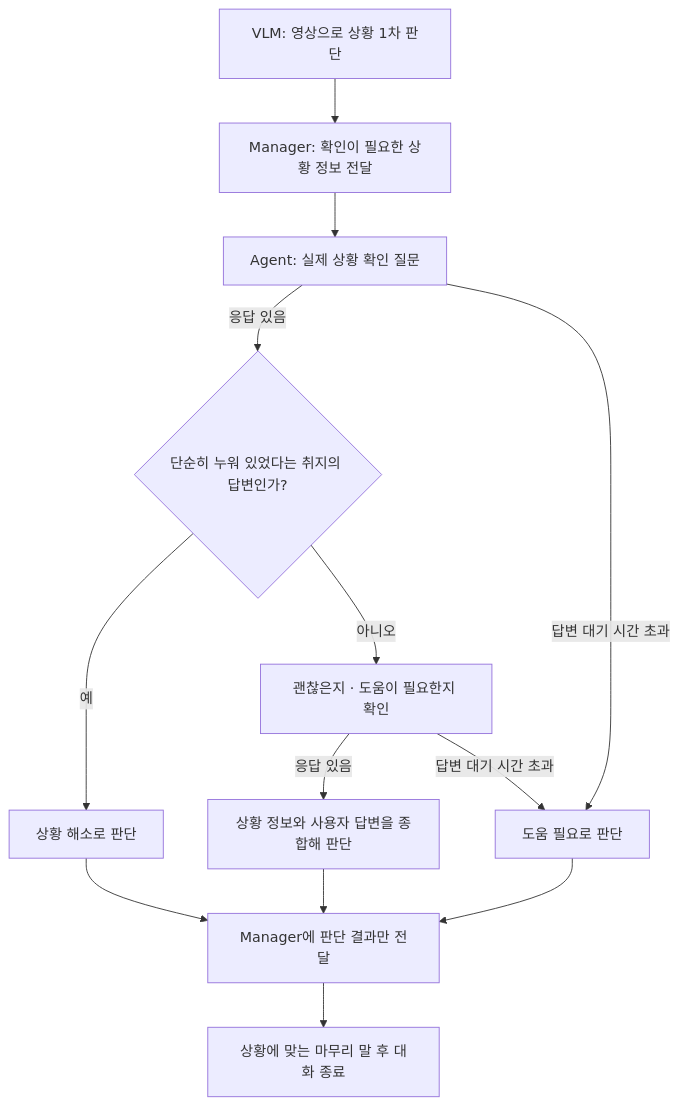
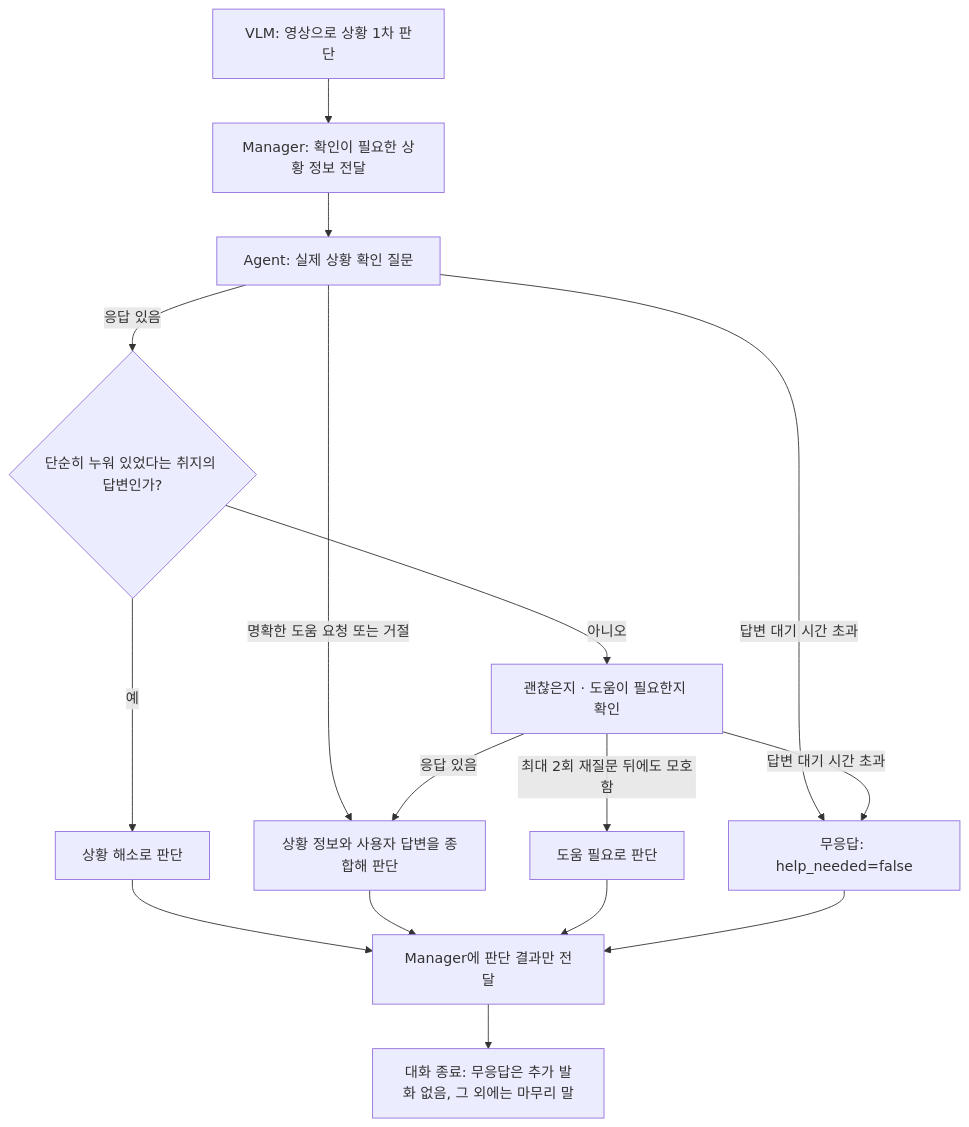
The diagram in malbut_test/malbut_agent_server/docs/fall/agent_fall_interaction.md (SWM-malbut/malbut), drawn with Mermaid before and after one commit. The commit also changed other lines of this file and 7 other files, not shown here.

````diff
--- a/malbut_test/malbut_agent_server/docs/fall/agent_fall_interaction.md
+++ b/malbut_test/malbut_agent_server/docs/fall/agent_fall_interaction.md
@@ -26,15 +26,18 @@
 ```mermaid
 flowchart TD
     V["VLM: 영상으로 상황 1차 판단"] --> M["Manager: 확인이 필요한 상황 정보 전달"]
     M --> A["Agent: 실제 상황 확인 질문"]
     A -->|응답 있음| B{"단순히 누워 있었다는 취지의 답변인가?"}
-    A -->|답변 대기 시간 초과| H["도움 필요로 판단"]
+    A -->|명확한 도움 요청 또는 거절| J["상황 정보와 사용자 답변을 종합해 판단"]
+    A -->|답변 대기 시간 초과| N["무응답: help_needed=false"]
     B -->|예| R["상황 해소로 판단"]
     B -->|아니오| Q["괜찮은지 · 도움이 필요한지 확인"]
-    Q -->|응답 있음| J["상황 정보와 사용자 답변을 종합해 판단"]
-    Q -->|답변 대기 시간 초과| H
+    Q -->|응답 있음| J
+    Q -->|답변 대기 시간 초과| N
+    Q -->|최대 2회 재질문 뒤에도 모호함| H["도움 필요로 판단"]
     R --> O["Manager에 판단 결과만 전달"]
     J --> O
     H --> O
-    O --> E["상황에 맞는 마무리 말 후 대화 종료"]
+    N --> O
+    O --> E["대화 종료: 무응답은 추가 발화 없음, 그 외에는 마무리 말"]
 ```
````
